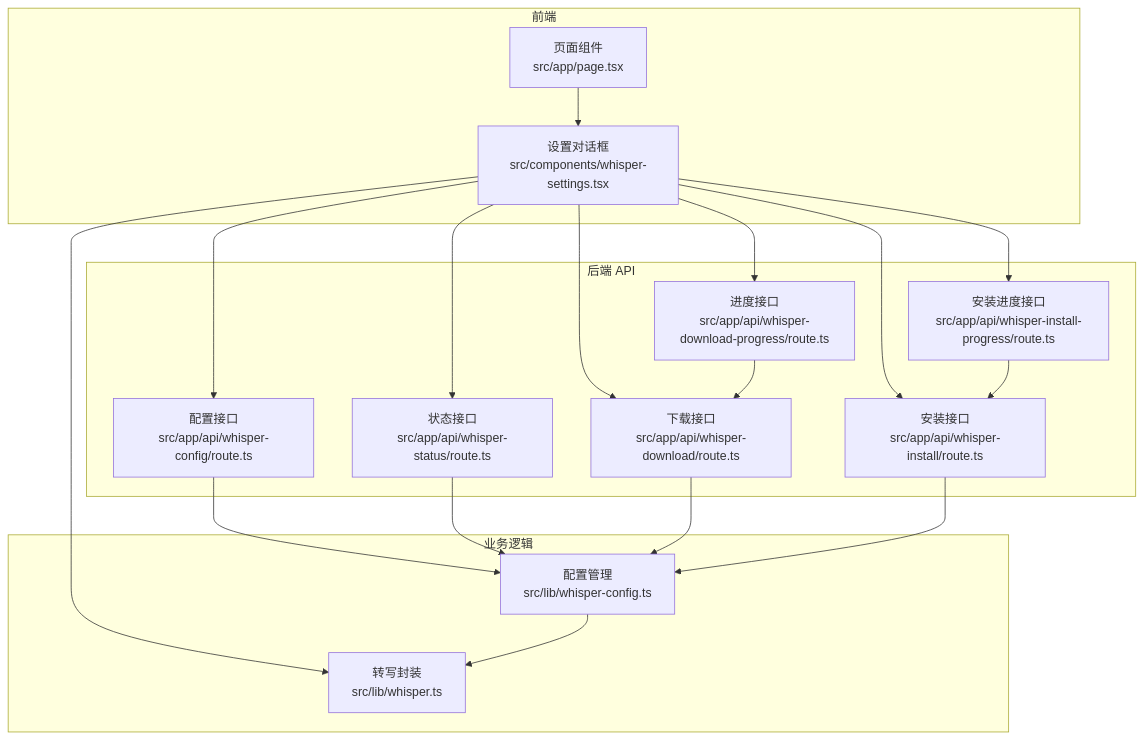
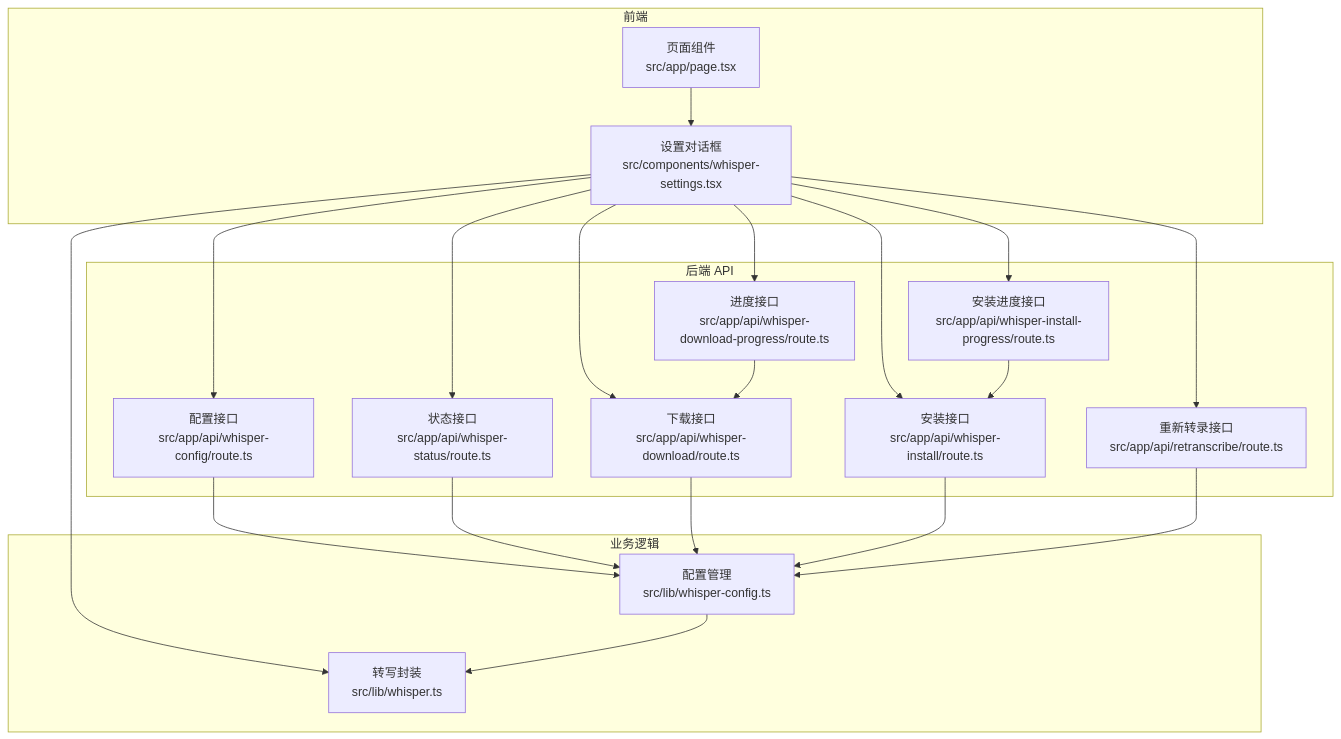
One commit to clawbotai/memo-flow changed the first of 11 diagrams in .qoder/repowiki/zh/content/核心功能模块/Whisper 配置管理.md. Above: the diagram before and after it, drawn with Mermaid. The commit also changed other lines of this file and 12 other files, not shown here.

````diff
--- a/.qoder/repowiki/zh/content/核心功能模块/Whisper 配置管理.md
+++ b/.qoder/repowiki/zh/content/核心功能模块/Whisper 配置管理.md
@@ -52,34 +53,37 @@
 ```mermaid
 graph TB
 subgraph "前端"
 UI["页面组件<br/>src/app/page.tsx"]
 Settings["设置对话框<br/>src/components/whisper-settings.tsx"]
 end
 subgraph "后端 API"
 ConfigAPI["配置接口<br/>src/app/api/whisper-config/route.ts"]
 StatusAPI["状态接口<br/>src/app/api/whisper-status/route.ts"]
 DownloadAPI["下载接口<br/>src/app/api/whisper-download/route.ts"]
 ProgressAPI["进度接口<br/>src/app/api/whisper-download-progress/route.ts"]
 InstallAPI["安装接口<br/>src/app/api/whisper-install/route.ts"]
 InstallProgressAPI["安装进度接口<br/>src/app/api/whisper-install-progress/route.ts"]
+RetranscribeAPI["重新转录接口<br/>src/app/api/retranscribe/route.ts"]
 end
 subgraph "业务逻辑"
 ConfigLib["配置管理<br/>src/lib/whisper-config.ts"]
 WhisperLib["转写封装<br/>src/lib/whisper.ts"]
 end
 UI --> Settings
 Settings --> ConfigAPI
 Settings --> StatusAPI
 Settings --> DownloadAPI
 Settings --> ProgressAPI
 Settings --> InstallAPI
 Settings --> InstallProgressAPI
+Settings --> RetranscribeAPI
 ConfigAPI --> ConfigLib
 StatusAPI --> ConfigLib
 DownloadAPI --> ConfigLib
 ProgressAPI --> DownloadAPI
 InstallAPI --> ConfigLib
 InstallProgressAPI --> InstallAPI
+RetranscribeAPI --> ConfigLib
 Settings --> WhisperLib
 ConfigLib --> WhisperLib
 ```
````
